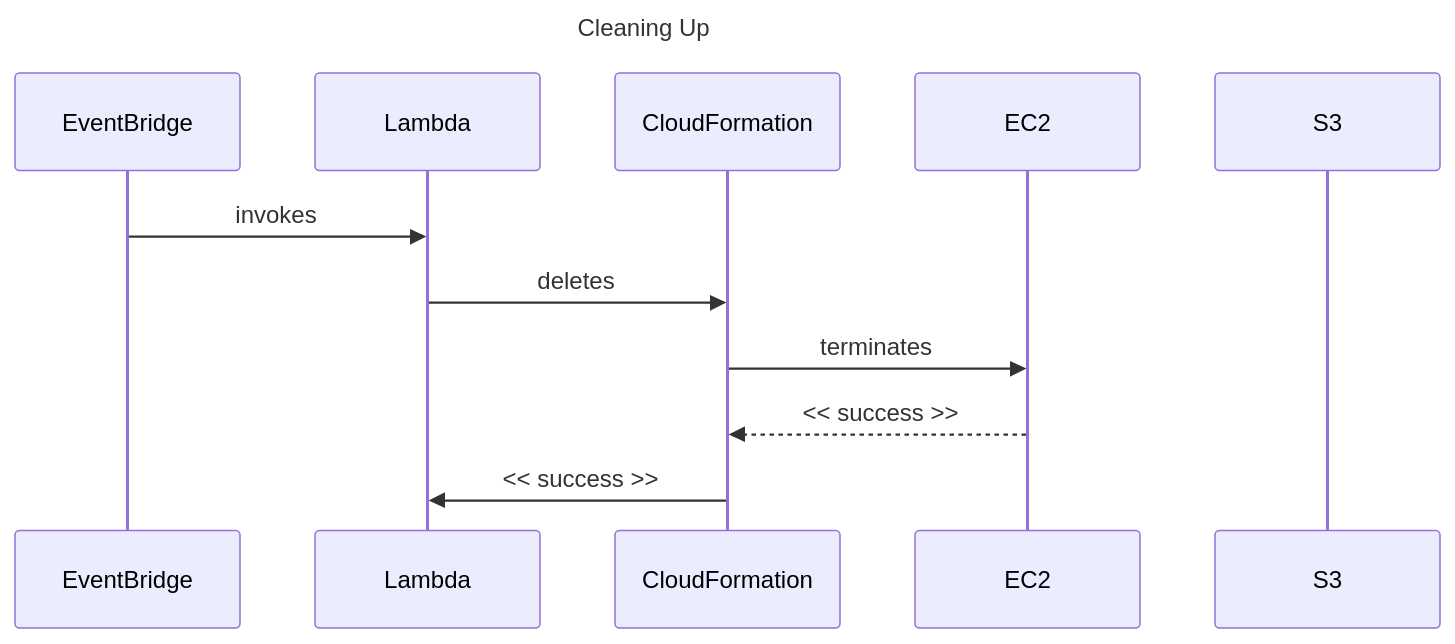
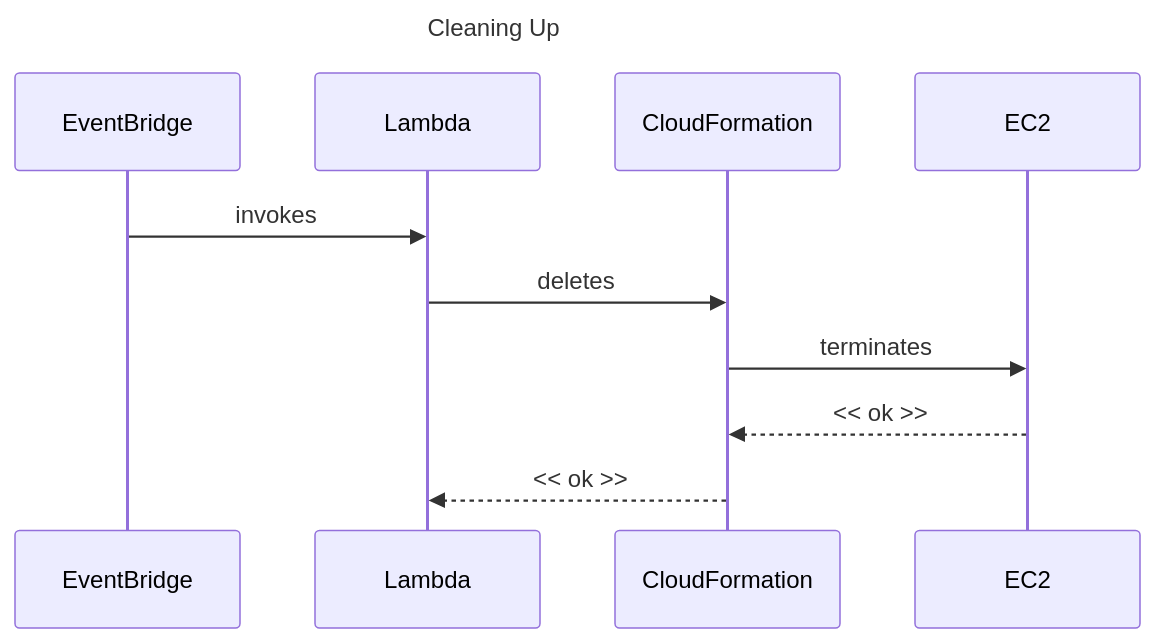
Before and after one commit to scottbrown/hardtarget: the second of 4 diagrams in README.md, drawn with Mermaid. The commit also changed other lines of this file, not shown here.

Commit message:
Fixing diagram

````diff
--- a/README.md
+++ b/README.md
@@ -54,16 +58,15 @@
 ```mermaid
 sequenceDiagram
   title Cleaning Up
 
   participant EB as EventBridge
   participant L as Lambda
   participant CFN as CloudFormation
   participant EC2
-  participant S3
 
   EB->>L: invokes
   L->>CFN: deletes
   CFN->>EC2: terminates
-  EC2-->>CFN: << success >>
-  CFN->>L: << success >>
+  EC2-->>CFN: << ok >>
+  CFN-->>L: << ok >>
 ```
````
